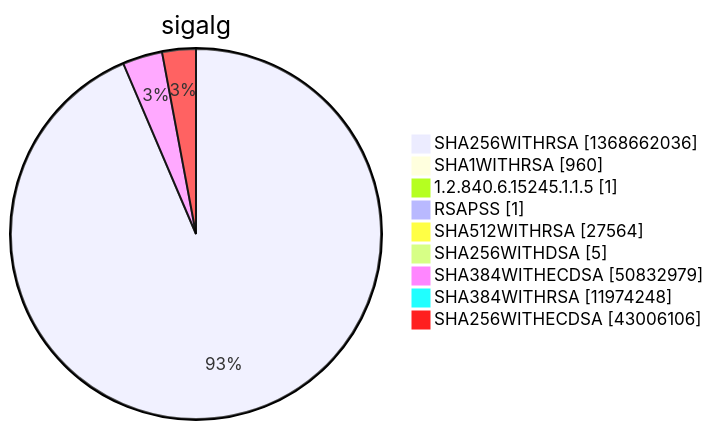
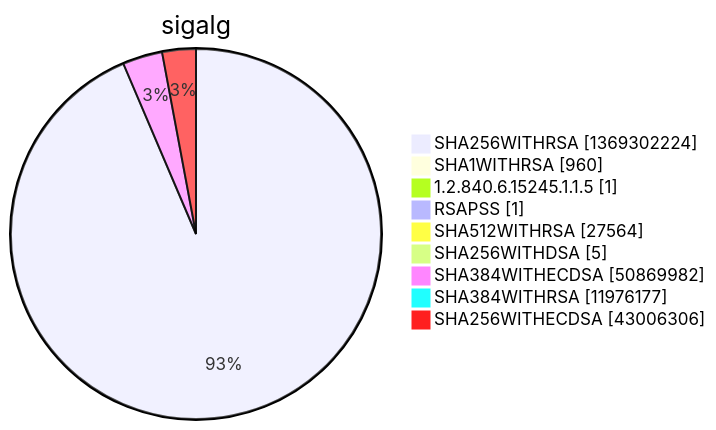
One commit to christiankrug/ctmonitor_visualization changed diagram 15 of 15 in argon2022/README.md. Above: the diagram before and after it, drawn with Mermaid. The commit also changed other lines of this file, not shown here.

````diff
--- a/argon2022/README.md
+++ b/argon2022/README.md
@@ -5524,13 +5524,13 @@
 ```mermaid
 pie showData
 title sigalg
-"SHA256WITHRSA" :1368662036
+"SHA256WITHRSA" :1369302224
 "SHA1WITHRSA" :960
 "1.2.840.6.15245.1.1.5" :1
 "RSAPSS" :1
 "SHA512WITHRSA" :27564
 "SHA256WITHDSA" :5
-"SHA384WITHECDSA" :50832979
-"SHA384WITHRSA" :11974248
-"SHA256WITHECDSA" :43006106
+"SHA384WITHECDSA" :50869982
+"SHA384WITHRSA" :11976177
+"SHA256WITHECDSA" :43006306
 ```
````
